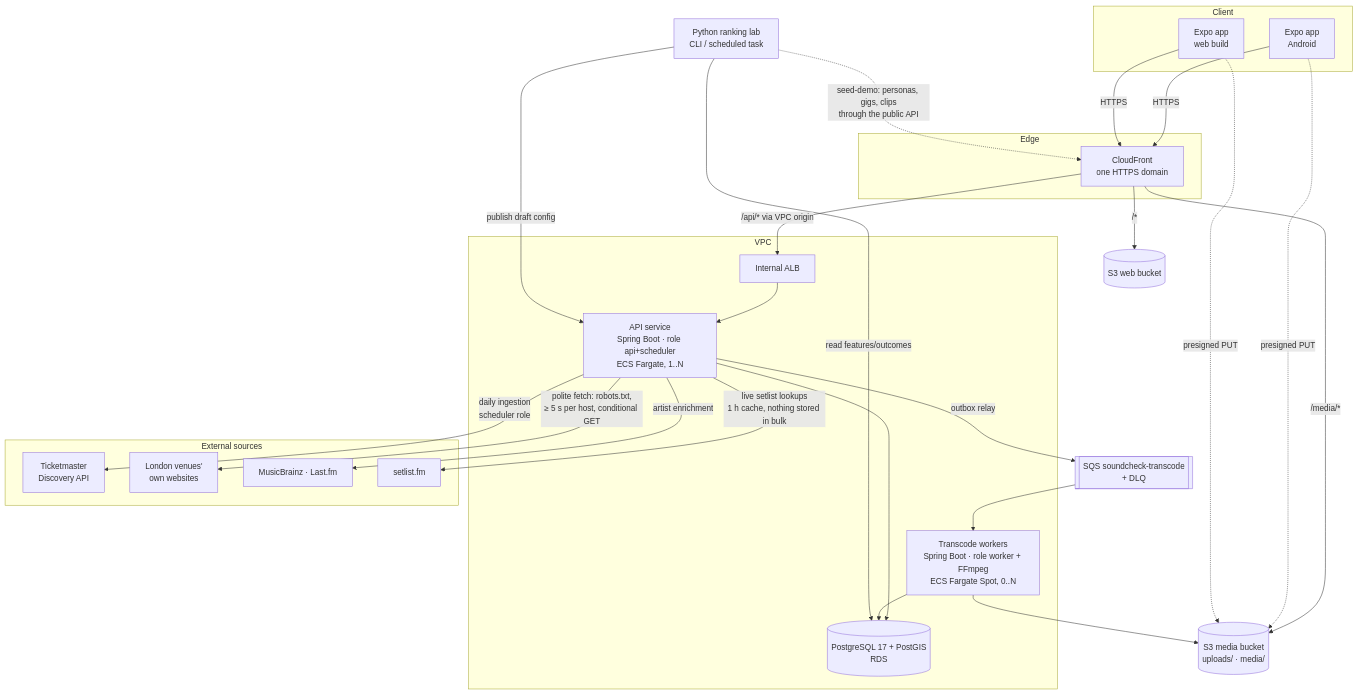
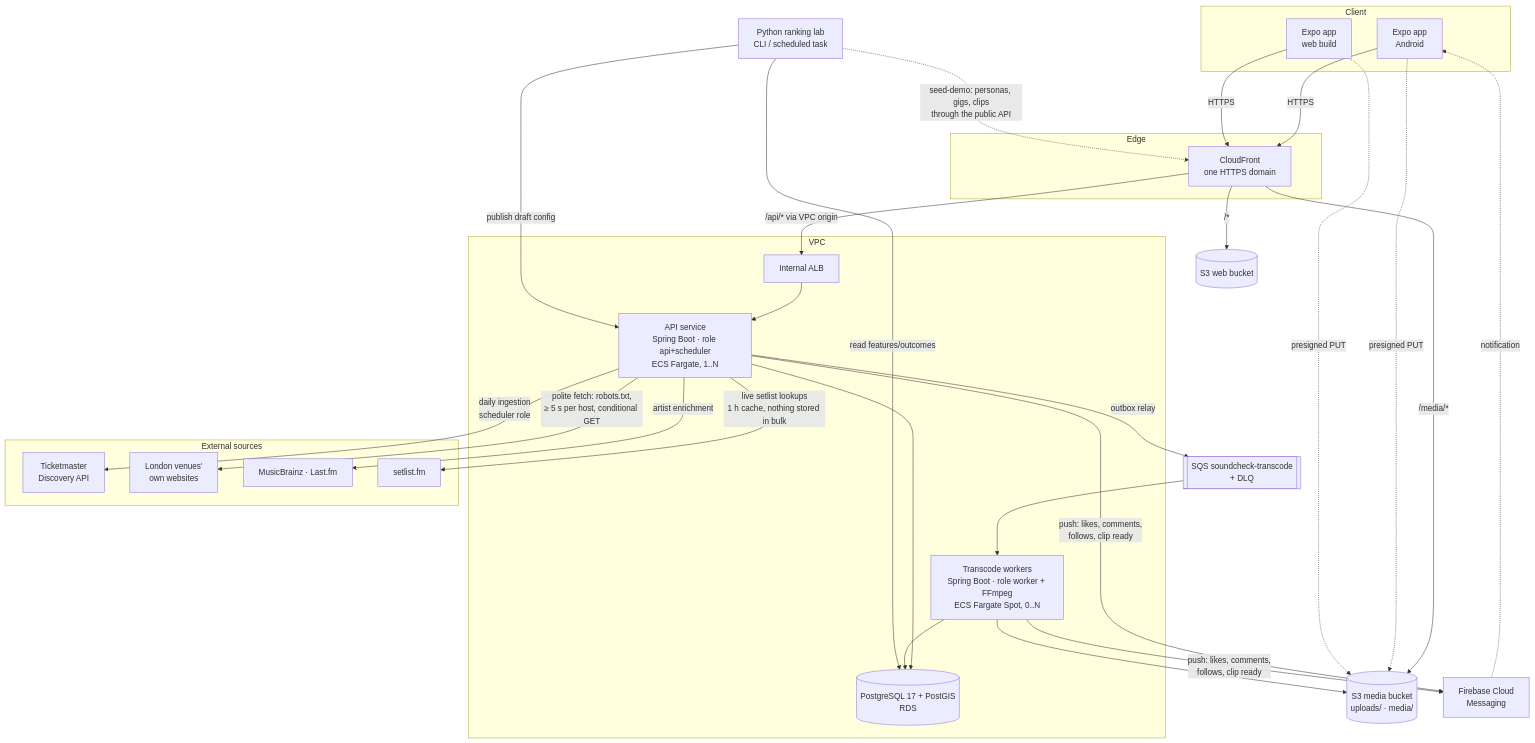
Before and after one commit to alexslater1/soundcheck: the diagram in README.md, drawn with Mermaid. The commit also changed other lines of this file, not shown here.

Commit message:
docs: update README with push and screenshots

````diff
--- a/README.md
+++ b/README.md
@@ -29,44 +42,47 @@
 ```mermaid
 flowchart TB
   subgraph Client
     android[Expo app<br/>Android]
     web[Expo app<br/>web build]
   end
   subgraph Edge
     cf[CloudFront<br/>one HTTPS domain]
   end
   subgraph VPC
     alb[Internal ALB]
     api[API service<br/>Spring Boot · role api+scheduler<br/>ECS Fargate, 1..N]
     worker[Transcode workers<br/>Spring Boot · role worker + FFmpeg<br/>ECS Fargate Spot, 0..N]
     rds[(PostgreSQL 17 + PostGIS<br/>RDS)]
   end
   s3web[(S3 web bucket)]
   s3media[(S3 media bucket<br/>uploads/ · media/)]
   sqs[[SQS soundcheck-transcode<br/>+ DLQ]]
   lab[Python ranking lab<br/>CLI / scheduled task]
   subgraph Sources[External sources]
     tm[Ticketmaster<br/>Discovery API]
     venues[London venues'<br/>own websites]
     enrich[MusicBrainz · Last.fm]
     sfm[setlist.fm]
   end
+  fcm[Firebase Cloud<br/>Messaging]
 
   android & web -->|HTTPS| cf
   cf -->|/*| s3web
   cf -->|/media/*| s3media
   cf -->|/api/* via VPC origin| alb --> api
   android & web -.->|presigned PUT| s3media
   api --> rds
   api -->|outbox relay| sqs
   sqs --> worker
   worker --> s3media
   worker --> rds
   lab -->|read features/outcomes| rds
   lab -->|publish draft config| api
   lab -.->|seed-demo: personas, gigs, clips<br/>through the public API| cf
   api -->|daily ingestion<br/>scheduler role| tm
   api -->|polite fetch: robots.txt,<br/>≥ 5 s per host, conditional GET| venues
   api -->|artist enrichment| enrich
   api -->|live setlist lookups<br/>1 h cache, nothing stored in bulk| sfm
+  api & worker -->|push: likes, comments,<br/>follows, clip ready| fcm
+  fcm -.->|notification| android
 ```
````
